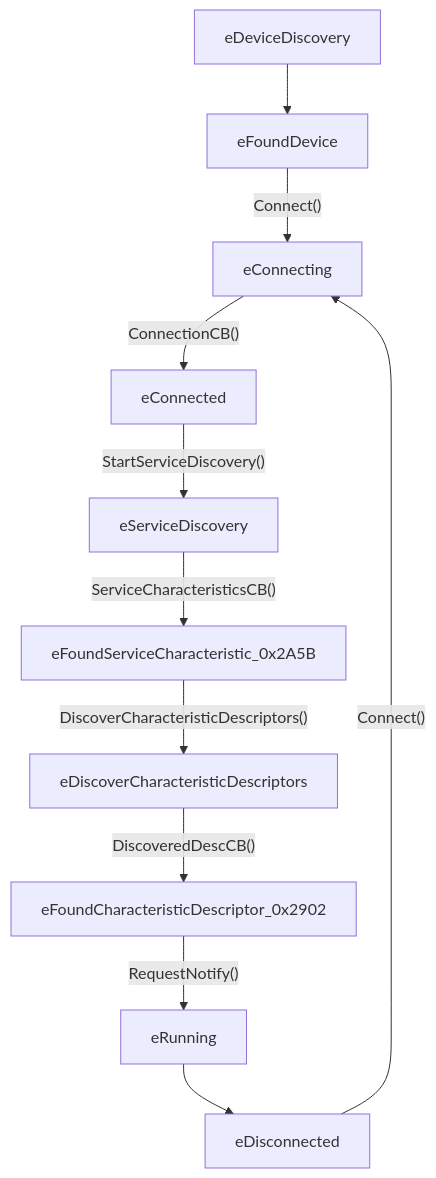
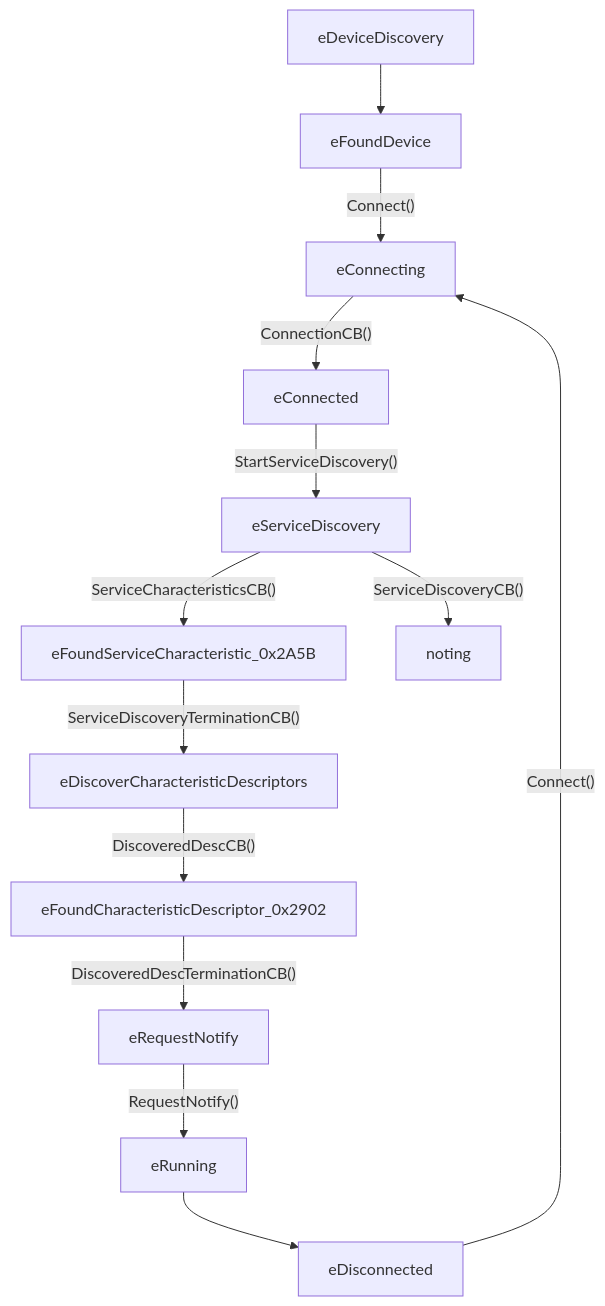
The diagram in doc/main2.mmd (snst/nrf52bike), drawn with Mermaid before and after one commit. The commit also changed 2 other files, not shown here.

```diff
--- a/doc/main2.mmd
+++ b/doc/main2.mmd
@@ -1,11 +1,13 @@
 graph TD
    	eDeviceDiscovery -->eFoundDevice
     eFoundDevice--"Connect()"-->eConnecting
     eConnecting--"ConnectionCB()"-->eConnected
     eConnected--"StartServiceDiscovery()"-->eServiceDiscovery
     eServiceDiscovery--"ServiceCharacteristicsCB()"-->eFoundServiceCharacteristic_0x2A5B
-    eFoundServiceCharacteristic_0x2A5B--"DiscoverCharacteristicDescriptors()"-->eDiscoverCharacteristicDescriptors
+    eServiceDiscovery--"ServiceDiscoveryCB()"-->noting
+    eFoundServiceCharacteristic_0x2A5B--"ServiceDiscoveryTerminationCB()"-->eDiscoverCharacteristicDescriptors
     eDiscoverCharacteristicDescriptors--"DiscoveredDescCB()"-->eFoundCharacteristicDescriptor_0x2902
-    eFoundCharacteristicDescriptor_0x2902--"RequestNotify()"-->eRunning
+    eFoundCharacteristicDescriptor_0x2902--"DiscoveredDescTerminationCB()"-->eRequestNotify
+    eRequestNotify--"RequestNotify()"-->eRunning
     eDisconnected--"Connect()"-->eConnecting
     eRunning-->eDisconnected
```
